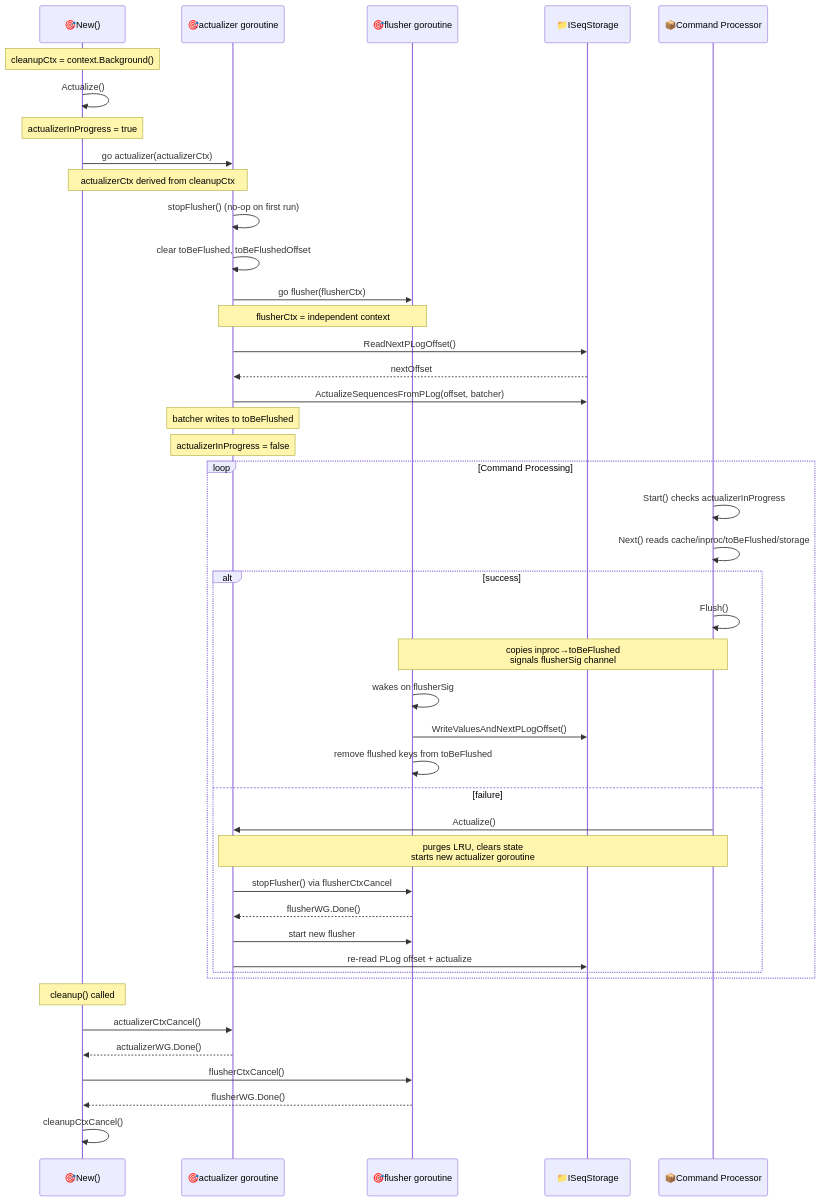
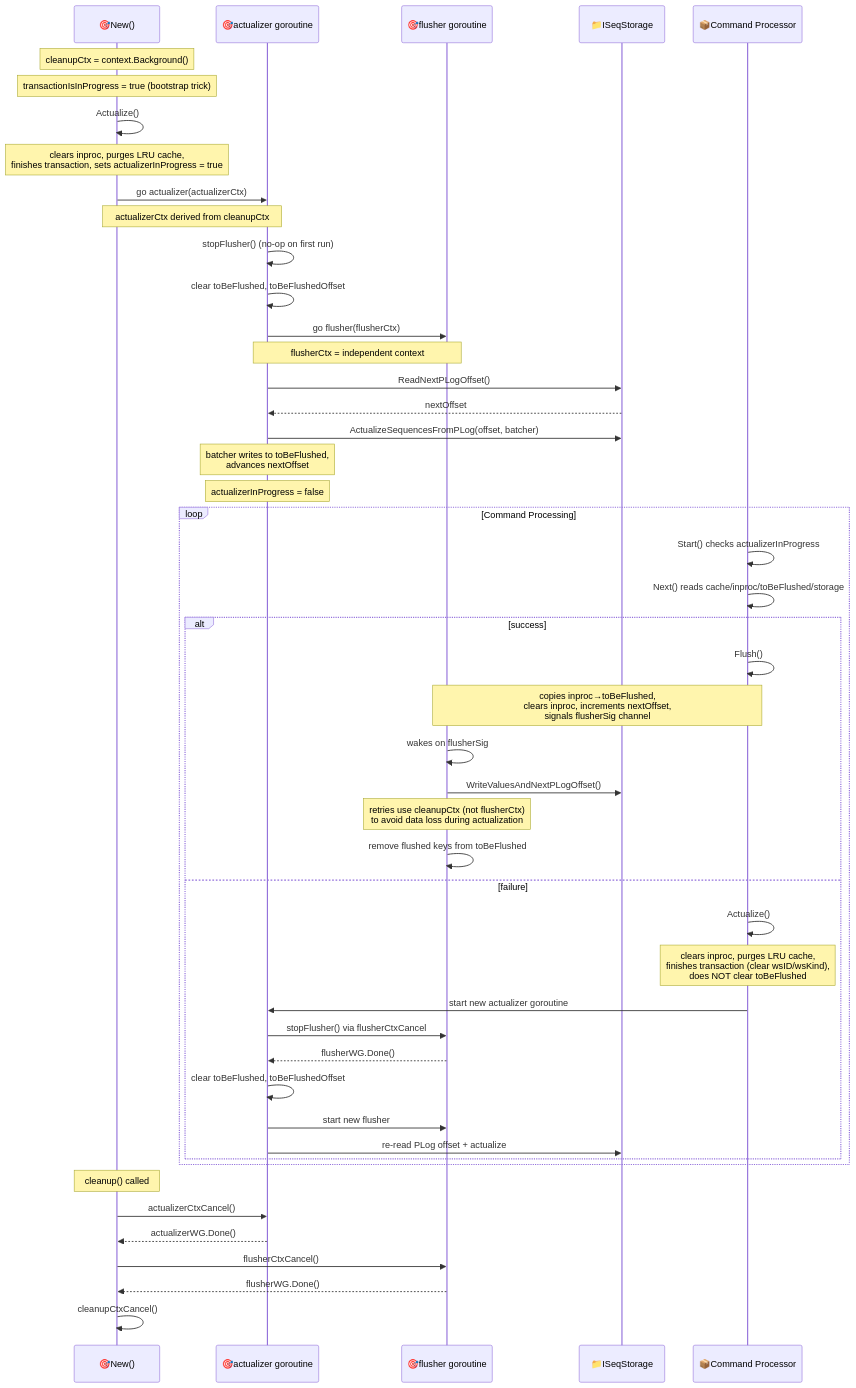
The second of 2 diagrams in uspecs/specs/prod/apps/sequences--arch.md (voedger/voedger), drawn with Mermaid before and after one commit. The commit also changed other lines of this file and 6 other files, not shown here.

````diff
--- a/uspecs/specs/prod/apps/sequences--arch.md
+++ b/uspecs/specs/prod/apps/sequences--arch.md
@@ -252,53 +256,57 @@
 ```mermaid
 sequenceDiagram
     participant New as 🎯New()
     participant Act as 🎯actualizer goroutine
     participant Flu as 🎯flusher goroutine
     participant Stor as 📁ISeqStorage
     participant CP as 📦Command Processor
 
     Note over New: cleanupCtx = context.Background()
+    Note over New: transactionIsInProgress = true (bootstrap trick)
     New->>New: Actualize()
-    Note over New: actualizerInProgress = true
+    Note over New: clears inproc, purges LRU cache,<br/>finishes transaction, sets actualizerInProgress = true
 
     New->>Act: go actualizer(actualizerCtx)
     Note over New,Act: actualizerCtx derived from cleanupCtx
 
     Act->>Act: stopFlusher() (no-op on first run)
     Act->>Act: clear toBeFlushed, toBeFlushedOffset
 
     Act->>Flu: go flusher(flusherCtx)
     Note over Act,Flu: flusherCtx = independent context
 
     Act->>Stor: ReadNextPLogOffset()
     Stor-->>Act: nextOffset
     Act->>Stor: ActualizeSequencesFromPLog(offset, batcher)
-    Note over Act: batcher writes to toBeFlushed
+    Note over Act: batcher writes to toBeFlushed,<br/>advances nextOffset
     Note over Act: actualizerInProgress = false
 
     loop Command Processing
         CP->>CP: Start() checks actualizerInProgress
         CP->>CP: Next() reads cache/inproc/toBeFlushed/storage
         alt success
             CP->>CP: Flush()
-            Note over CP,Flu: copies inproc→toBeFlushed<br/>signals flusherSig channel
+            Note over CP,Flu: copies inproc→toBeFlushed,<br/>clears inproc, increments nextOffset,<br/>signals flusherSig channel
             Flu->>Flu: wakes on flusherSig
             Flu->>Stor: WriteValuesAndNextPLogOffset()
+            Note over Flu: retries use cleanupCtx (not flusherCtx)<br/>to avoid data loss during actualization
             Flu->>Flu: remove flushed keys from toBeFlushed
         else failure
-            CP->>Act: Actualize()
-            Note over CP,Act: purges LRU, clears state<br/>starts new actualizer goroutine
+            CP->>CP: Actualize()
+            Note over CP: clears inproc, purges LRU cache,<br/>finishes transaction (clear wsID/wsKind),<br/>does NOT clear toBeFlushed
+            CP->>Act: start new actualizer goroutine
             Act->>Flu: stopFlusher() via flusherCtxCancel
             Flu-->>Act: flusherWG.Done()
+            Act->>Act: clear toBeFlushed, toBeFlushedOffset
             Act->>Flu: start new flusher
             Act->>Stor: re-read PLog offset + actualize
         end
     end
 
     Note over New: cleanup() called
     New->>Act: actualizerCtxCancel()
     Act-->>New: actualizerWG.Done()
     New->>Flu: flusherCtxCancel()
     Flu-->>New: flusherWG.Done()
     New->>New: cleanupCtxCancel()
 ```
````
